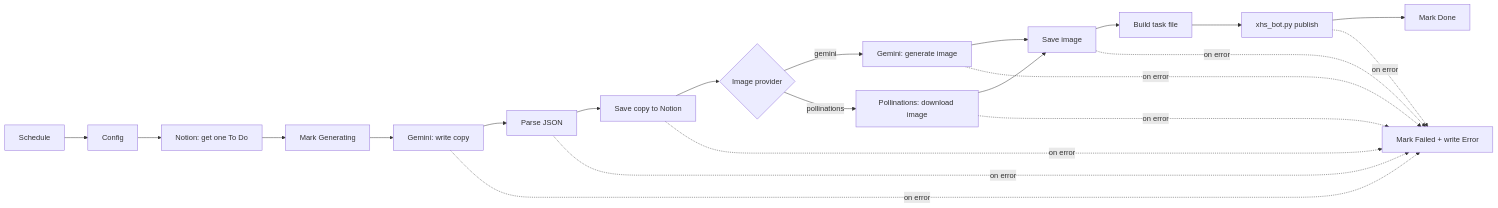
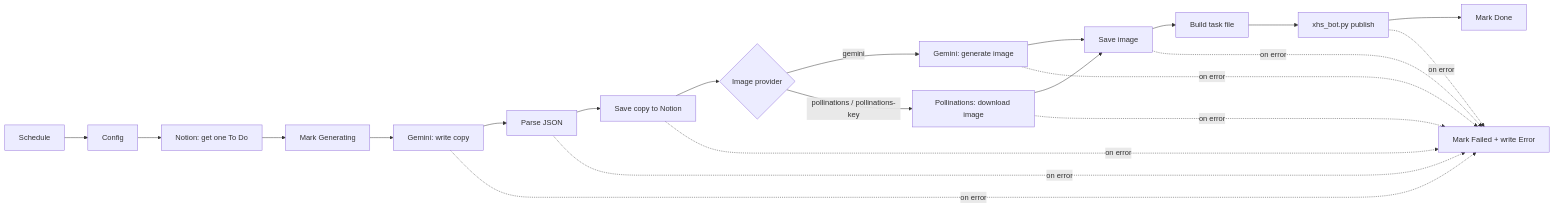
One commit to XingjianWang001/n8n-xhs-autopost changed the diagram in README.en.md. Above: the diagram before and after it, drawn with Mermaid. The commit also changed other lines of this file and 2 other files, not shown here.

First line of the commit message:
fix(workflow): send the Pollinations key via a Header Auth credential

````diff
--- a/README.en.md
+++ b/README.en.md
@@ -17,18 +17,18 @@
 ```mermaid
 flowchart LR
     A[Schedule] --> B[Config]
     B --> C[Notion: get one To Do]
     C --> D[Mark Generating]
     D --> E[Gemini: write copy]
     E --> F[Parse JSON]
     F --> G[Save copy to Notion]
     G --> H{Image provider}
     H -->|gemini| I[Gemini: generate image]
-    H -->|pollinations| J[Pollinations: download image]
+    H -->|pollinations / pollinations-key| J[Pollinations: download image]
     I --> K[Save image]
     J --> K
     K --> L[Build task file]
     L --> M[xhs_bot.py publish]
     M --> N[Mark Done]
     E & F & G & I & J & K & M -.on error.-> X[Mark Failed + write Error]
 ```
````
